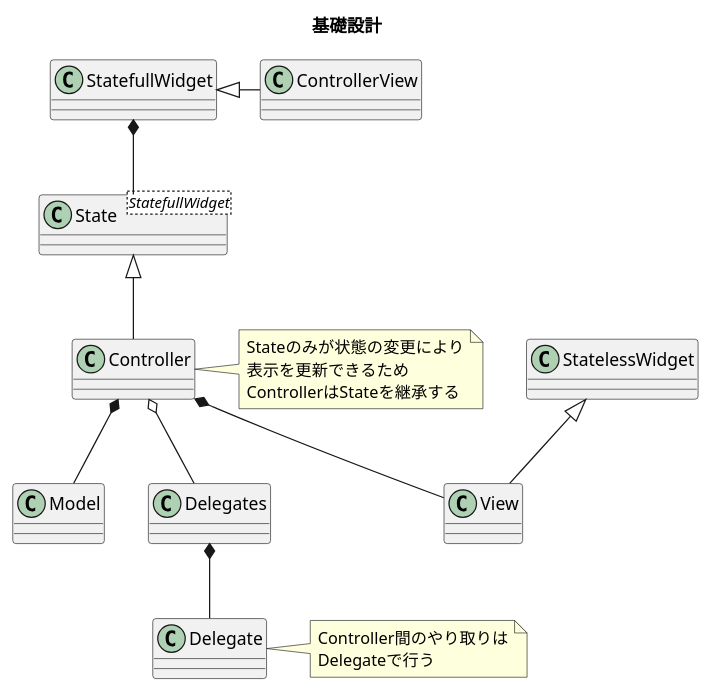
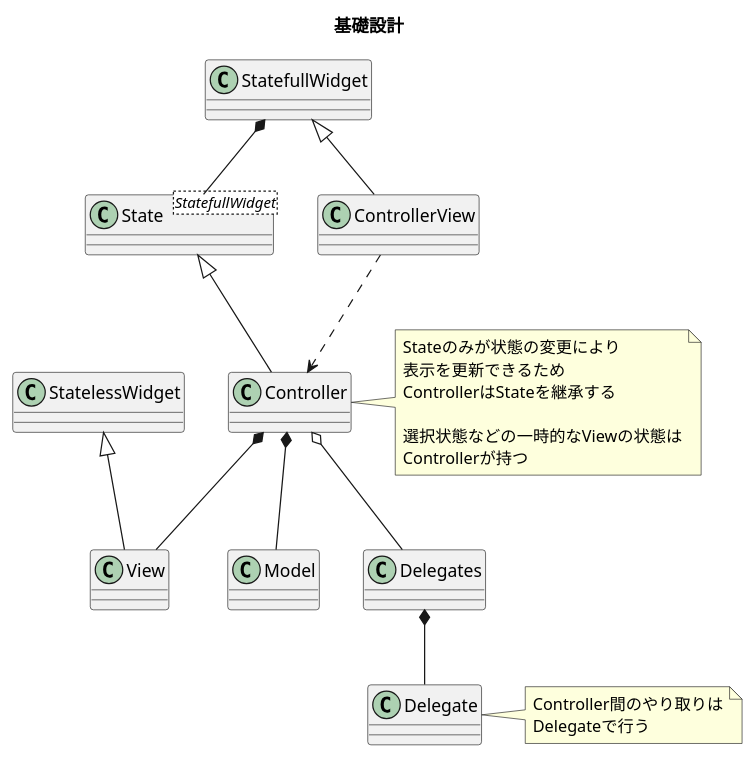
The diagram in specs/設計/基礎クラス図.pu (yobiya/short-bread), drawn with PlantUML before and after one commit.

Commit message:
Controllerの役割について追記

```diff
--- a/specs/設計/基礎クラス図.pu
+++ b/specs/設計/基礎クラス図.pu
@@ -1,35 +1,39 @@
 @startuml
 
 title 基礎設計
 
 class StatelessWidget
 class StatefullWidget
 class State<StatefullWidget>
 class Model
 class View
 class Controller
 class ControllerView
 class Delegate
 class Delegates
 
 StatelessWidget <|-- View
-StatefullWidget <|- ControllerView
+StatefullWidget <|-- ControllerView
 StatefullWidget *-- State
 State <|-- Controller
 Controller *-- Model
 Controller *-- View
 Delegates *-- Delegate
 Controller o-- Delegates
+ControllerView ..> Controller
 
 note right of Controller
   Stateのみが状態の変更により
   表示を更新できるため
   ControllerはStateを継承する
+
+  選択状態などの一時的なViewの状態は
+  Controllerが持つ
 end note
 
 note right of Delegate
   Controller間のやり取りは
   Delegateで行う
 end note
 
 @enduml
```
